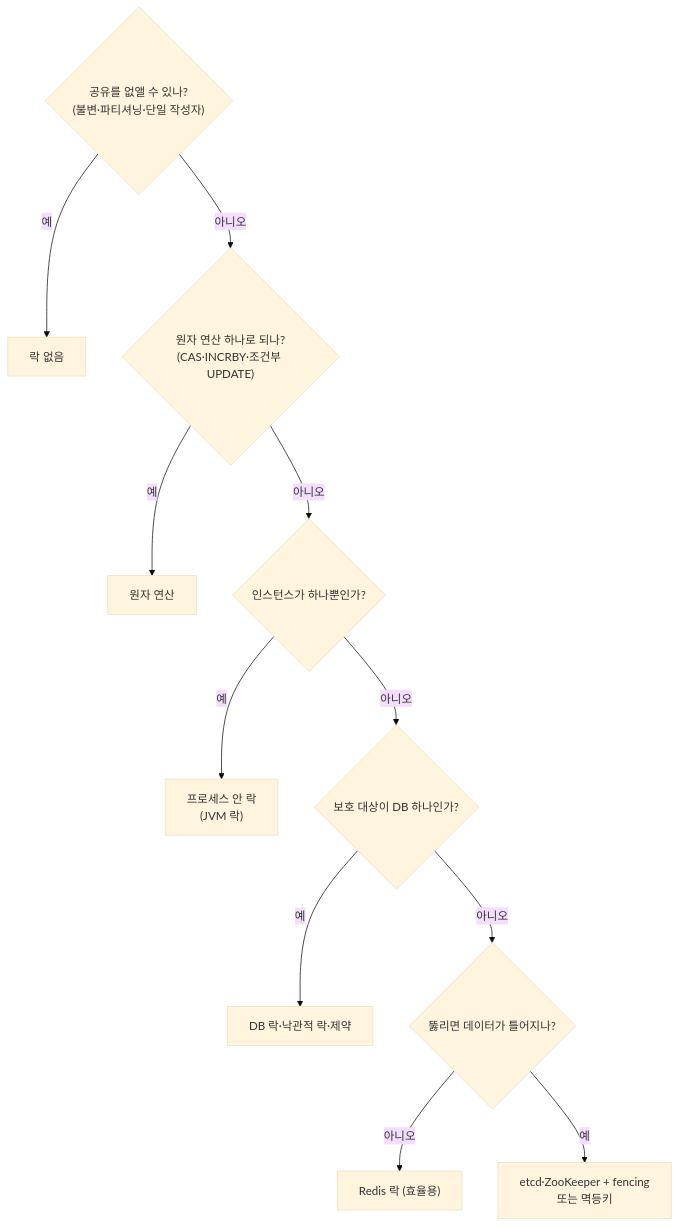
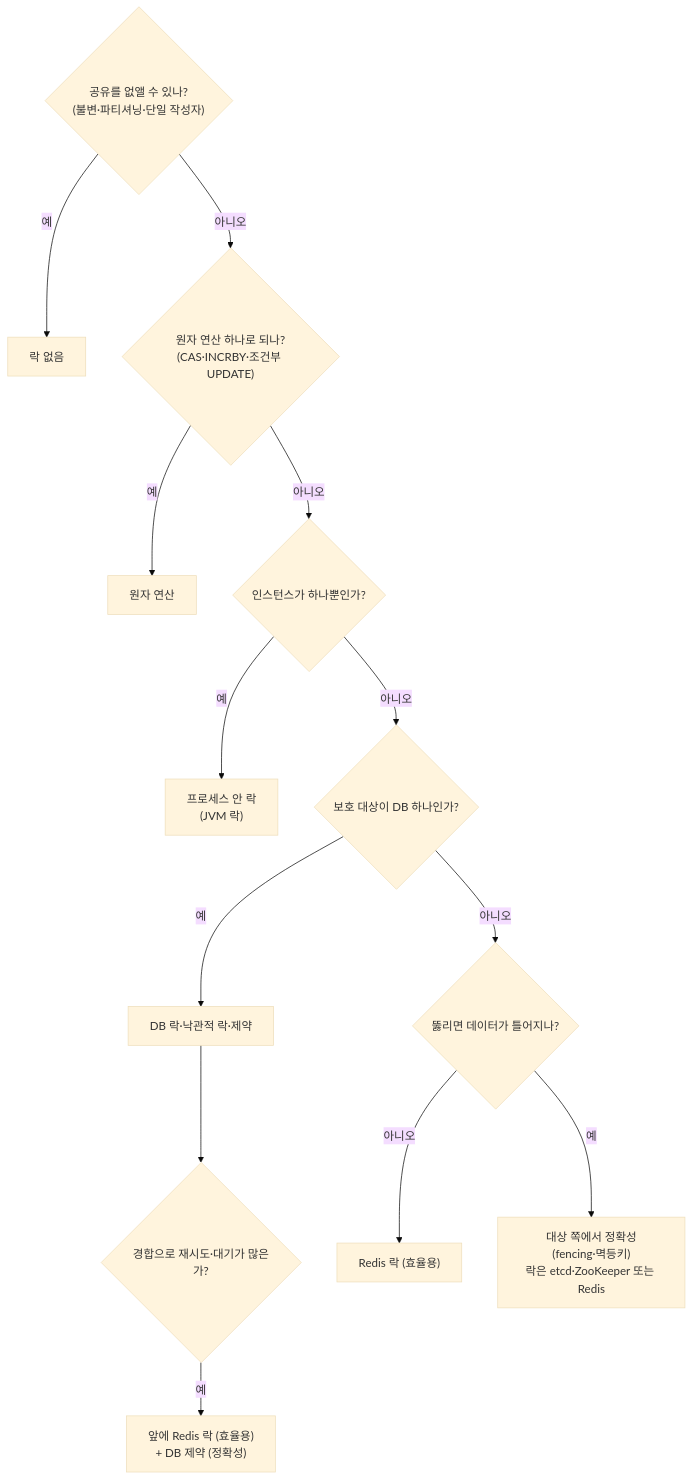
Before and after one commit to gunhaa/knowledge: the diagram in knowledge/cs/0001-lock/03-tradeoffs.md, drawn with Mermaid (base theme). The commit also changed other lines of this file, not shown here.

Commit message:
docs(cs): 락 선택 흐름도에 Redis 락으로 경합을 줄이고 DB 제약·멱등키가 정확성을 맡는 경로 추가

````diff
--- a/knowledge/cs/0001-lock/03-tradeoffs.md
+++ b/knowledge/cs/0001-lock/03-tradeoffs.md
@@ -76,13 +76,15 @@
 ```mermaid
 flowchart TD
     a{"공유를 없앨 수 있나?<br/>(불변·파티셔닝·단일 작성자)"} -- 예 --> n["락 없음"]
     a -- 아니오 --> b{"원자 연산 하나로 되나?<br/>(CAS·INCRBY·조건부 UPDATE)"}
     b -- 예 --> at["원자 연산"]
     b -- 아니오 --> c{"인스턴스가 하나뿐인가?"}
     c -- 예 --> j["프로세스 안 락<br/>(JVM 락)"]
     c -- 아니오 --> d{"보호 대상이 DB 하나인가?"}
     d -- 예 --> db["DB 락·낙관적 락·제약"]
+    db --> h{"경합으로 재시도·대기가 많은가?"}
+    h -- 예 --> rdb["앞에 Redis 락 (효율용)<br/>+ DB 제약 (정확성)"]
     d -- 아니오 --> e{"뚫리면 데이터가 틀어지나?"}
     e -- 아니오 --> r["Redis 락 (효율용)"]
-    e -- 예 --> z["etcd·ZooKeeper + fencing<br/>또는 멱등키"]
+    e -- 예 --> z["대상 쪽에서 정확성<br/>(fencing·멱등키)<br/>락은 etcd·ZooKeeper 또는 Redis"]
 ```
````
